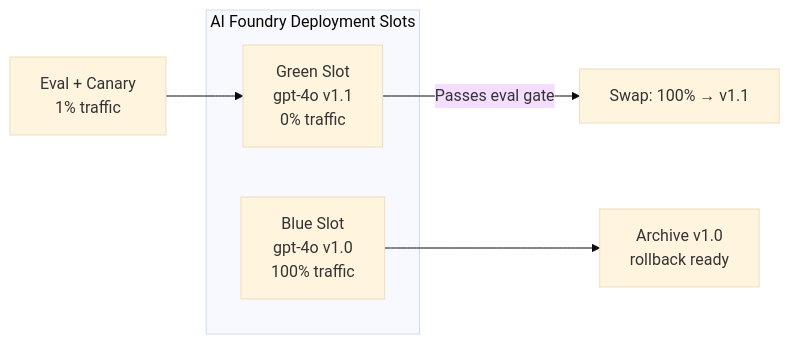
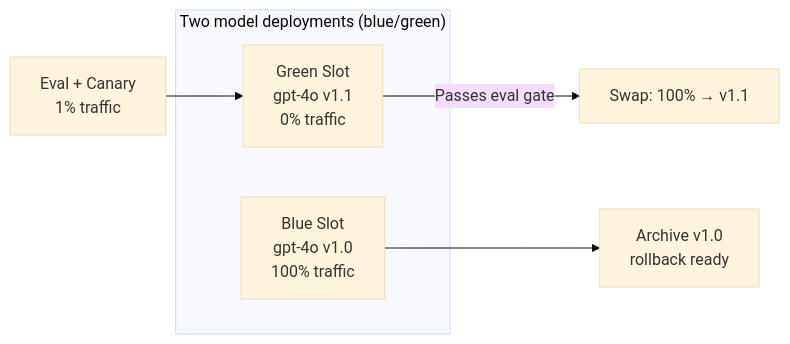
The third of 8 diagrams in content/skillup/ab100/notes/ab100-d4-lifecycle-responsible.md (ajeetchouksey/ajch_skillup), drawn with Mermaid (base theme) before and after one commit. The commit also changed other lines of this file and 157 other files, not shown here.

````diff
--- a/content/skillup/ab100/notes/ab100-d4-lifecycle-responsible.md
+++ b/content/skillup/ab100/notes/ab100-d4-lifecycle-responsible.md
@@ -105,10 +154,10 @@
 ```mermaid
 graph LR
-    subgraph "AI Foundry Deployment Slots"
+    subgraph "Two model deployments (blue/green)"
         BLUE[Blue Slot<br/>gpt-4o v1.0<br/>100% traffic]
         GREEN[Green Slot<br/>gpt-4o v1.1<br/>0% traffic]
     end
     TEST[Eval + Canary<br/>1% traffic] --> GREEN
     GREEN -->|Passes eval gate| SWAP[Swap: 100% → v1.1]
     BLUE --> ARCHIVE[Archive v1.0<br/>rollback ready]
 ```
````
